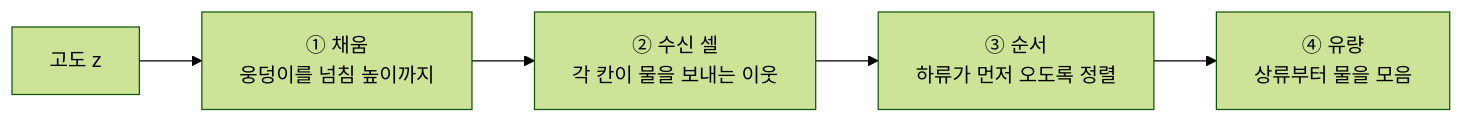
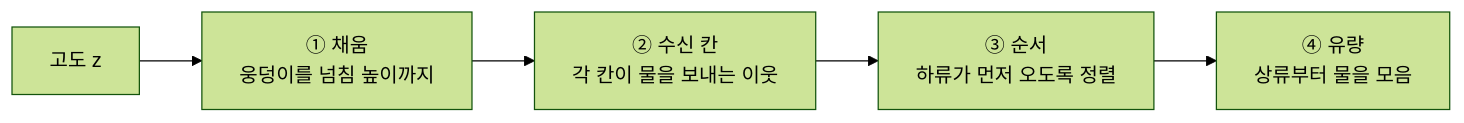
Before and after one commit to CAU-8/B-PCG: the second of 3 diagrams in docs/guide/planet_guide.md, drawn with Mermaid (forest theme). The commit also changed other lines of this file and 2 other files, not shown here.

````diff
--- a/docs/guide/planet_guide.md
+++ b/docs/guide/planet_guide.md
@@ -289,7 +413,7 @@
 ```mermaid
 flowchart LR
     Z["고도 z"] --> F["① 채움<br/>웅덩이를 넘침 높이까지"]
-    F --> R["② 수신 셀<br/>각 칸이 물을 보내는 이웃"]
+    F --> R["② 수신 칸<br/>각 칸이 물을 보내는 이웃"]
     R --> S["③ 순서<br/>하류가 먼저 오도록 정렬"]
     S --> Q["④ 유량<br/>상류부터 물을 모음"]
 ```
````
